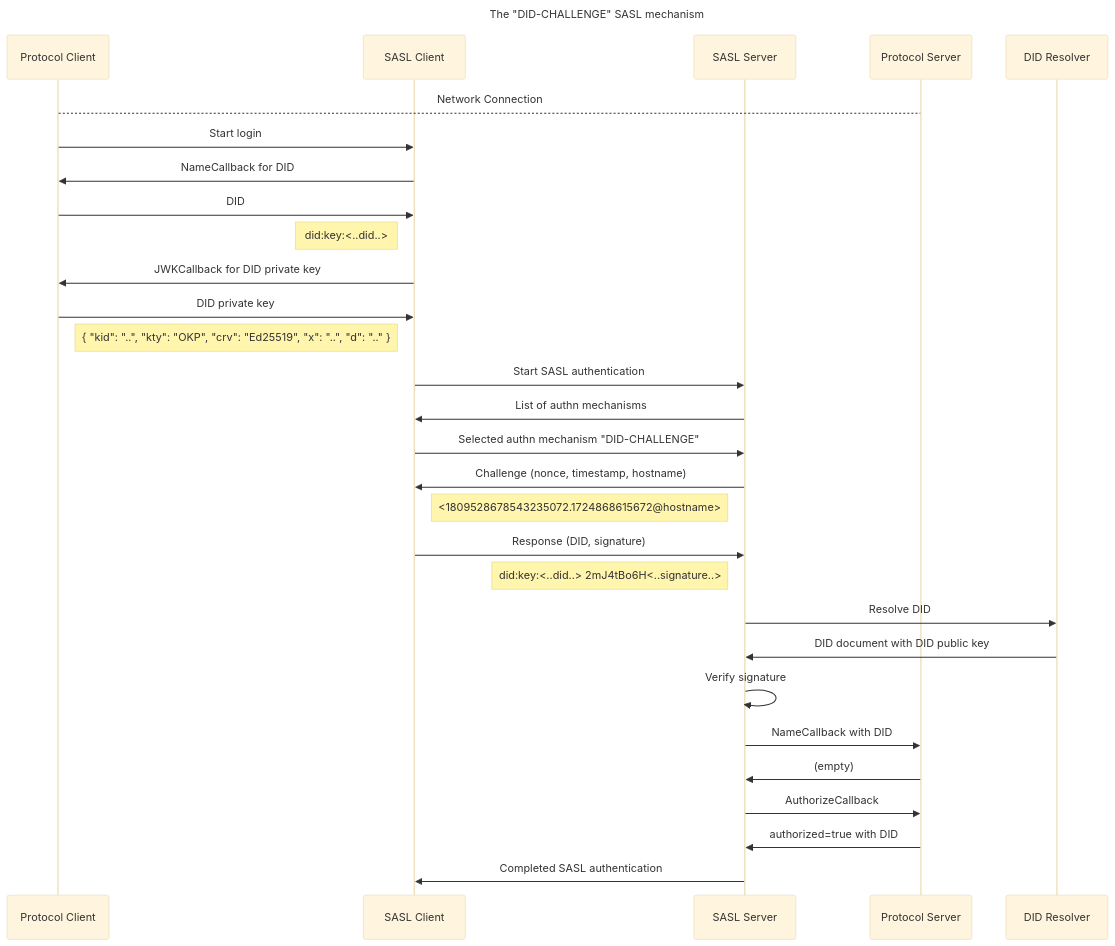
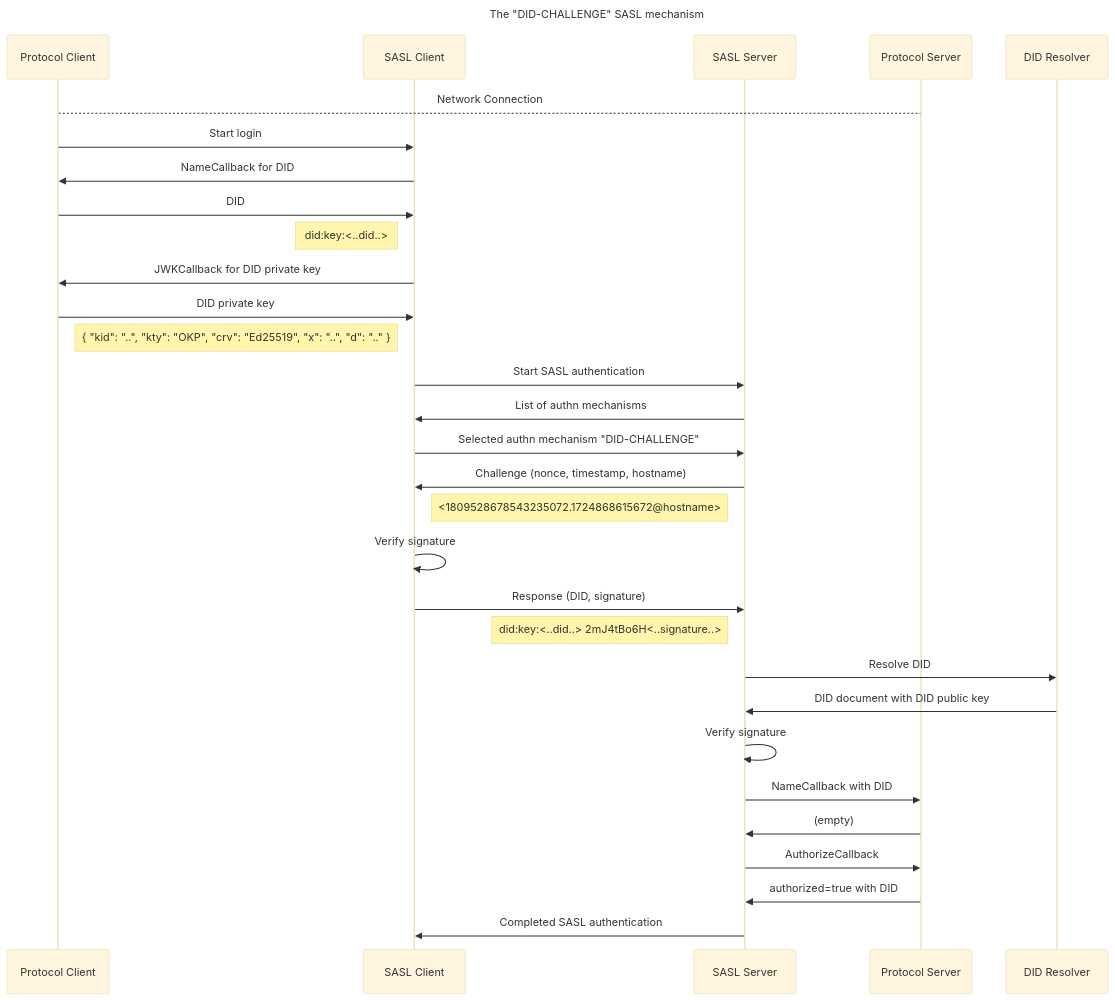
The diagram in README.md (peacekeeper/java-sasl-did-mechanism), drawn with Mermaid (base theme) before and after one commit.

Commit message:
Update sequence diagram in README

````diff
--- a/README.md
+++ b/README.md
@@ -57,32 +57,33 @@
 ```mermaid
 sequenceDiagram
     title The "DID-CHALLENGE" SASL mechanism
     participant ProtocolClient as Protocol Client
     participant SASLClient as SASL Client
     participant SASLServer as SASL Server
     participant ProtocolServer as Protocol Server
     participant DIDResolver as DID Resolver
     ProtocolClient-->ProtocolServer: Network Connection
     ProtocolClient->>SASLClient: Start login
     SASLClient->>ProtocolClient: NameCallback for DID
     ProtocolClient->>SASLClient: DID
     note left of SASLClient: did:key:<..did..>
     SASLClient->>ProtocolClient: JWKCallback for DID private key
     ProtocolClient->>SASLClient: DID private key
     note left of SASLClient: { "kid": "..", "kty": "OKP", "crv": "Ed25519", "x": "..", "d": ".." }
     SASLClient->>SASLServer: Start SASL authentication
     SASLServer->>SASLClient: List of authn mechanisms
     SASLClient->>SASLServer: Selected authn mechanism "DID-CHALLENGE"
     SASLServer->>SASLClient: Challenge (nonce, timestamp, hostname)
     note right of SASLClient: <1809528678543235072.1724868615672@hostname>
+    SASLClient->>SASLClient: Verify signature
     SASLClient->>SASLServer: Response (DID, signature)
     note left of SASLServer: did:key:<..did..> 2mJ4tBo6H<..signature..>
     SASLServer->>DIDResolver: Resolve DID
     DIDResolver->>SASLServer: DID document with DID public key
     SASLServer->>SASLServer: Verify signature
     SASLServer->>ProtocolServer: NameCallback with DID
     ProtocolServer->>SASLServer: (empty)
     SASLServer->>ProtocolServer: AuthorizeCallback
     ProtocolServer->>SASLServer: authorized=true with DID
     SASLServer->>SASLClient: Completed SASL authentication
 ```
````
